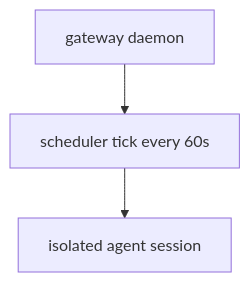
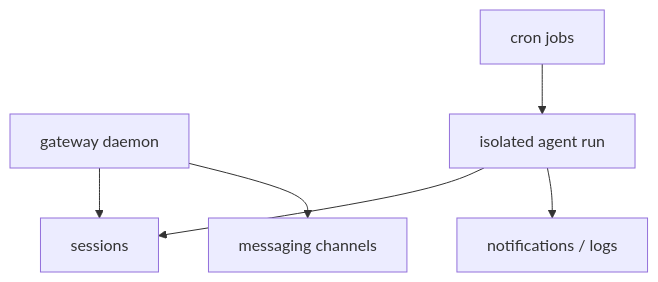
Before and after one commit to goura32/techbook: the seventh of 7 diagrams in books/hermes-agent-practical/figures-final.md, drawn with Mermaid. The commit also changed other lines of this file and 29 other files, not shown here.

````diff
--- a/books/hermes-agent-practical/figures-final.md
+++ b/books/hermes-agent-practical/figures-final.md
@@ -90,5 +167,8 @@
 ```mermaid
 flowchart TD
-  A["gateway daemon"] --> B["scheduler tick every 60s"]
-  B --> C["isolated agent session"]
+  A["gateway daemon"] --> B["sessions"]
+  A --> C["messaging channels"]
+  D["cron jobs"] --> E["isolated agent run"]
+  E --> B
+  E --> F["notifications / logs"]
 ```
````
